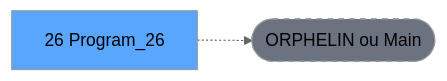
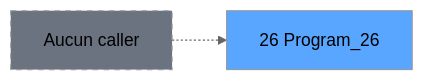
One commit to thonyAGP/lecteur-magic changed the second of 3 diagrams in .openspec/specs/ADH-IDE-26.md. Above: the diagram before and after it, drawn with Mermaid (neutral theme). The commit also changed other lines of this file and 96 other files, not shown here.

````diff
--- a/.openspec/specs/ADH-IDE-26.md
+++ b/.openspec/specs/ADH-IDE-26.md
@@ -117,8 +104,8 @@
 ```mermaid
 graph LR
-    T[26 Program_26]
-    ORPHAN([ORPHELIN ou Main])
-    T -.-> ORPHAN
-    style T fill:#58a6ff,color:#000
-    style ORPHAN fill:#6b7280,stroke-dasharray: 5 5
+    T26[26 Program_26]
+    style T26 fill:#58a6ff
+    NONE[Aucun caller]
+    NONE -.-> T26
+    style NONE fill:#6b7280,stroke-dasharray: 5 5
 ```
````
